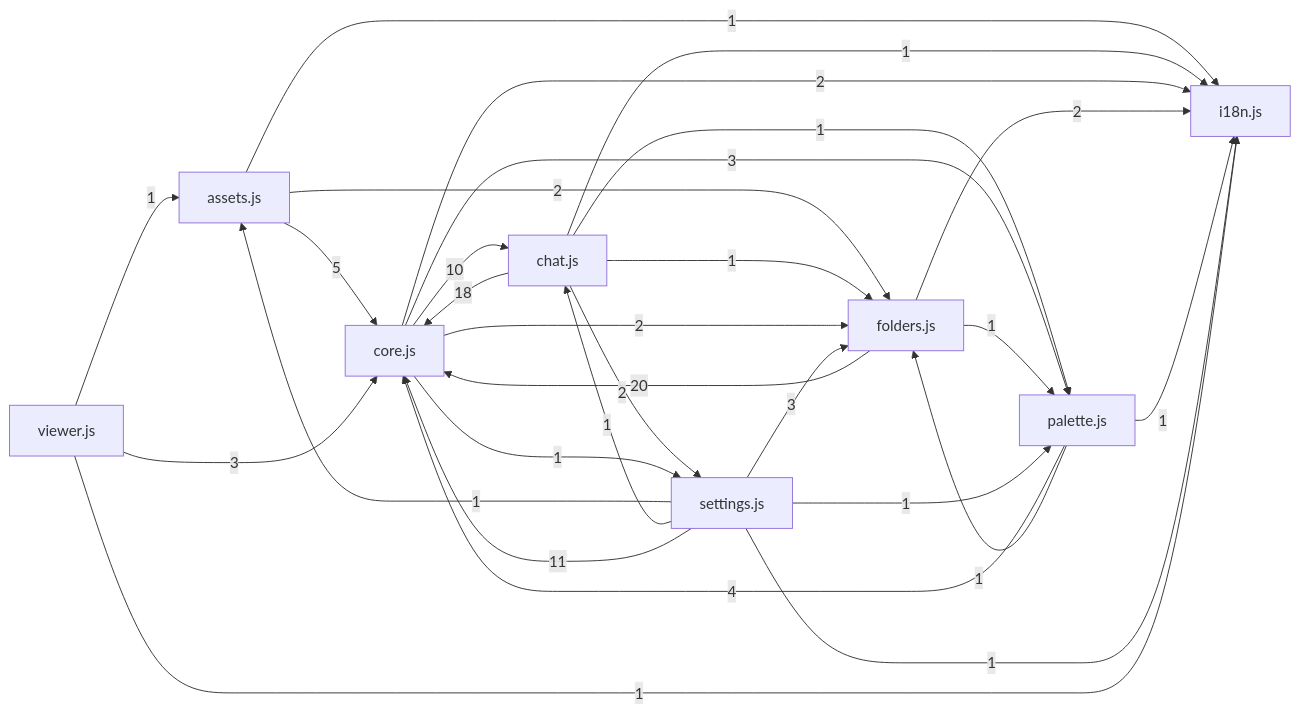
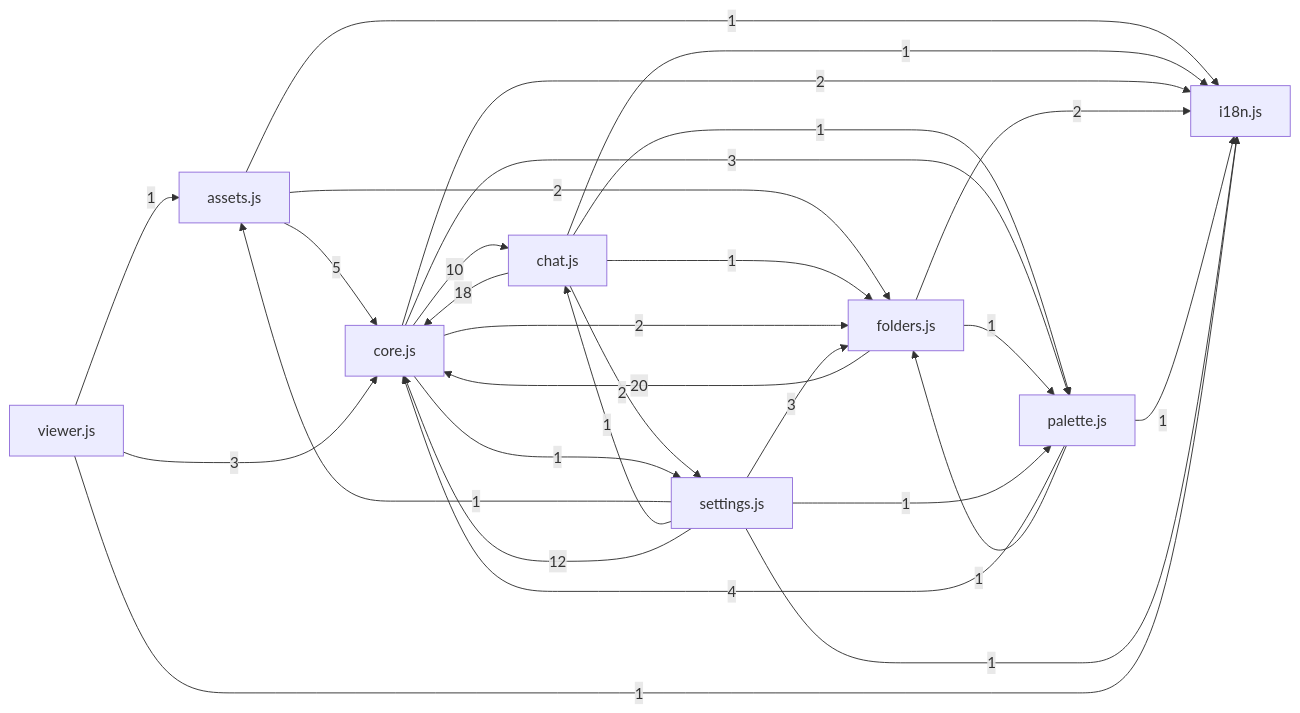
Before and after one commit to Zenginby/kromis: the diagram in docs/graflar/onyuz.md, drawn with Mermaid. The commit also changed other lines of this file and 6 other files, not shown here.

````diff
--- a/docs/graflar/onyuz.md
+++ b/docs/graflar/onyuz.md
@@ -24,31 +24,31 @@
 ```mermaid
 flowchart LR
   n_assets_js["assets.js"] -->|5| n_core_js["core.js"]
   n_assets_js["assets.js"] -->|2| n_folders_js["folders.js"]
   n_assets_js["assets.js"] -->|1| n_i18n_js["i18n.js"]
   n_chat_js["chat.js"] -->|18| n_core_js["core.js"]
   n_chat_js["chat.js"] -->|1| n_folders_js["folders.js"]
   n_chat_js["chat.js"] -->|1| n_i18n_js["i18n.js"]
   n_chat_js["chat.js"] -->|1| n_palette_js["palette.js"]
   n_chat_js["chat.js"] -->|2| n_settings_js["settings.js"]
   n_core_js["core.js"] -->|10| n_chat_js["chat.js"]
   n_core_js["core.js"] -->|2| n_folders_js["folders.js"]
   n_core_js["core.js"] -->|2| n_i18n_js["i18n.js"]
   n_core_js["core.js"] -->|3| n_palette_js["palette.js"]
   n_core_js["core.js"] -->|1| n_settings_js["settings.js"]
   n_folders_js["folders.js"] -->|20| n_core_js["core.js"]
   n_folders_js["folders.js"] -->|2| n_i18n_js["i18n.js"]
   n_folders_js["folders.js"] -->|1| n_palette_js["palette.js"]
   n_palette_js["palette.js"] -->|4| n_core_js["core.js"]
   n_palette_js["palette.js"] -->|1| n_folders_js["folders.js"]
   n_palette_js["palette.js"] -->|1| n_i18n_js["i18n.js"]
   n_settings_js["settings.js"] -->|1| n_assets_js["assets.js"]
   n_settings_js["settings.js"] -->|1| n_chat_js["chat.js"]
-  n_settings_js["settings.js"] -->|11| n_core_js["core.js"]
+  n_settings_js["settings.js"] -->|12| n_core_js["core.js"]
   n_settings_js["settings.js"] -->|3| n_folders_js["folders.js"]
   n_settings_js["settings.js"] -->|1| n_i18n_js["i18n.js"]
   n_settings_js["settings.js"] -->|1| n_palette_js["palette.js"]
   n_viewer_js["viewer.js"] -->|1| n_assets_js["assets.js"]
   n_viewer_js["viewer.js"] -->|3| n_core_js["core.js"]
   n_viewer_js["viewer.js"] -->|1| n_i18n_js["i18n.js"]
 ```
````
